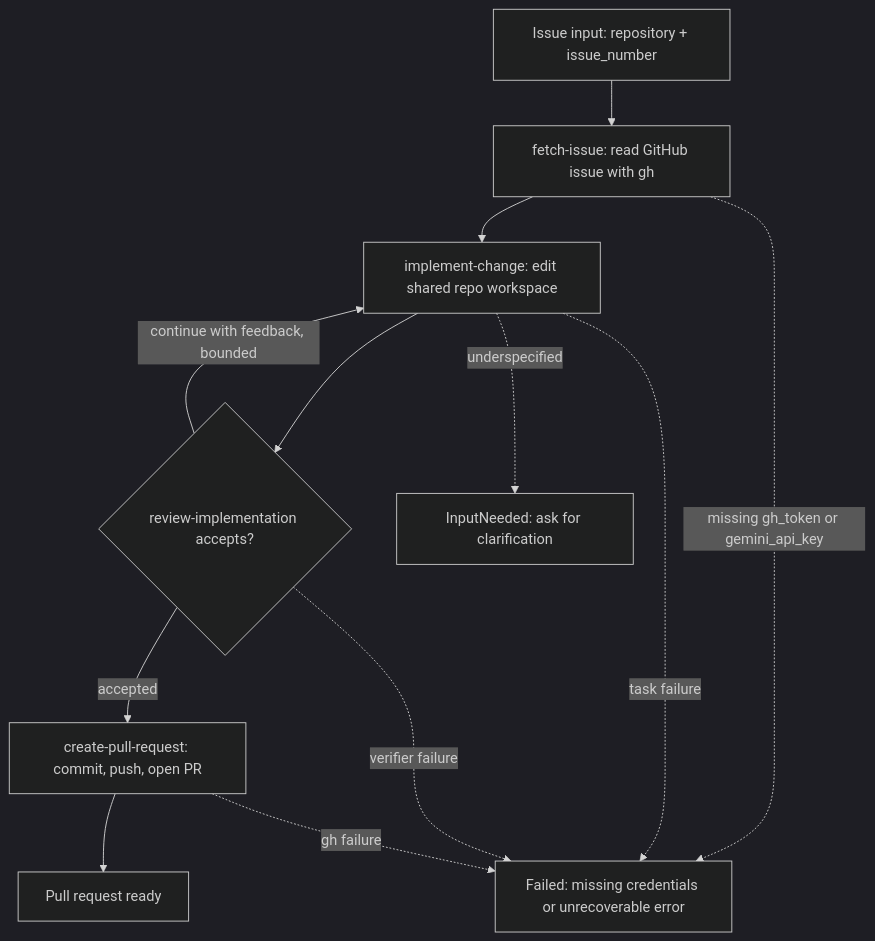
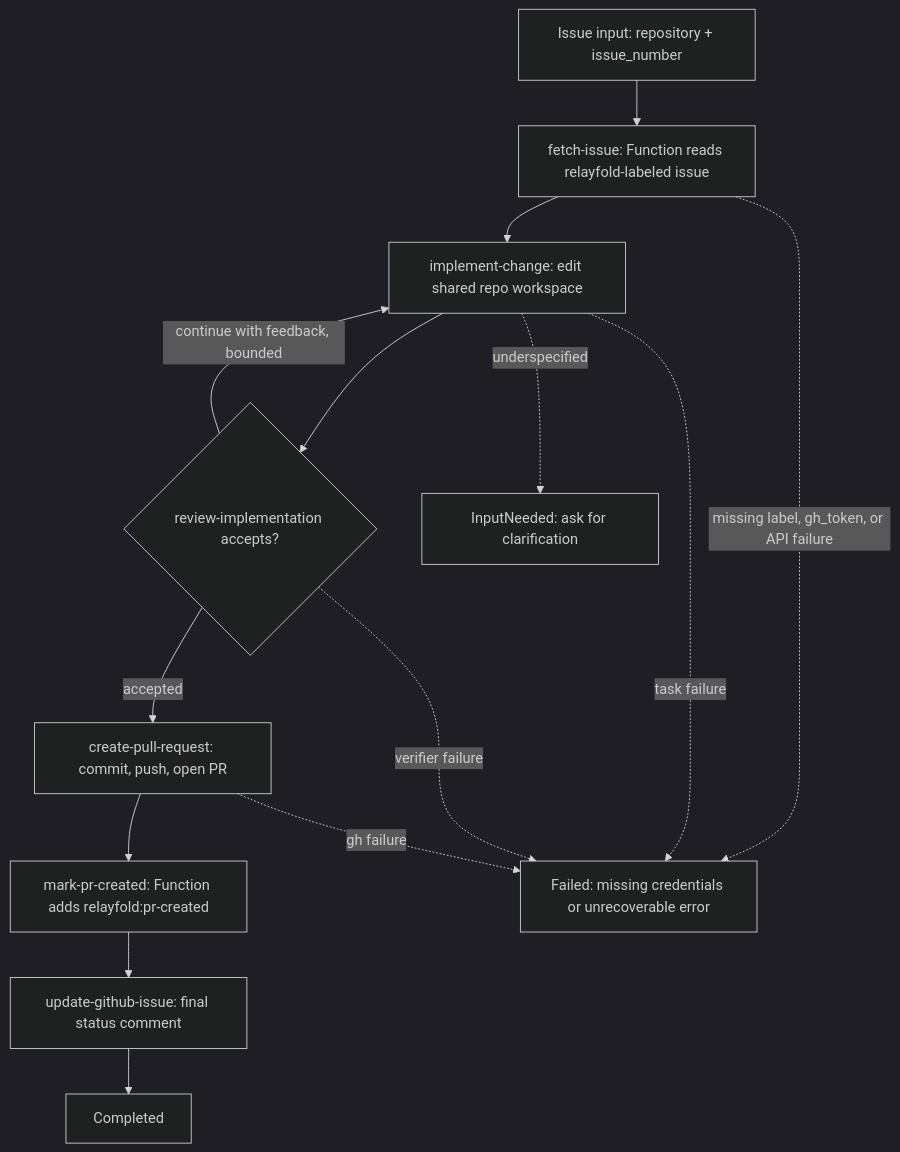
One commit to parsablelabs/relayfold changed the diagram in website/src/content/docs/docs/examples/github-issue-pr-workflow.md. Above: the diagram before and after it, drawn with Mermaid (dark theme). The commit also changed other lines of this file and 9 other files, not shown here.

```diff
--- a/website/src/content/docs/docs/examples/github-issue-pr-workflow.md
+++ b/website/src/content/docs/docs/examples/github-issue-pr-workflow.md
@@ -45,22 +47,26 @@
 <pre class="mermaid">
 flowchart TD
     Input["Issue input: repository + issue_number"]
-    Fetch["fetch-issue: read GitHub issue with gh"]
+    Fetch["fetch-issue: Function reads relayfold-labeled issue"]
     Implement["implement-change: edit shared repo workspace"]
     Review{"review-implementation accepts?"}
     PR["create-pull-request: commit, push, open PR"]
-    Done["Pull request ready"]
+    Mark["mark-pr-created: Function adds relayfold:pr-created"]
+    Comment["update-github-issue: final status comment"]
+    Done["Completed"]
     Clarify["InputNeeded: ask for clarification"]
     Failed["Failed: missing credentials or unrecoverable error"]
     Input --> Fetch
     Fetch --> Implement
     Implement --> Review
     Review -->|continue with feedback, bounded| Implement
     Review -->|accepted| PR
-    PR --> Done
+    PR --> Mark
+    Mark --> Comment
+    Comment --> Done
     Implement -. underspecified .-> Clarify
-    Fetch -. missing gh_token or gemini_api_key .-> Failed
+    Fetch -. missing label, gh_token, or API failure .-> Failed
     Implement -. task failure .-> Failed
     Review -. verifier failure .-> Failed
     PR -. gh failure .-> Failed
 </pre>
```
